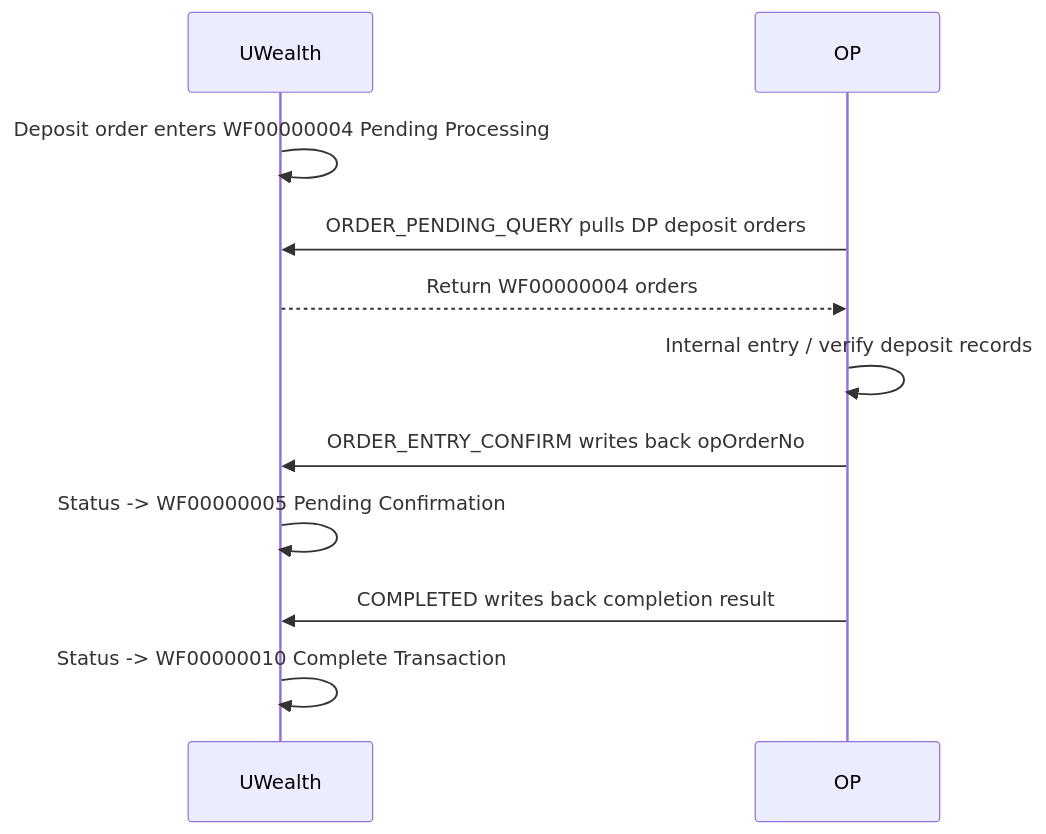
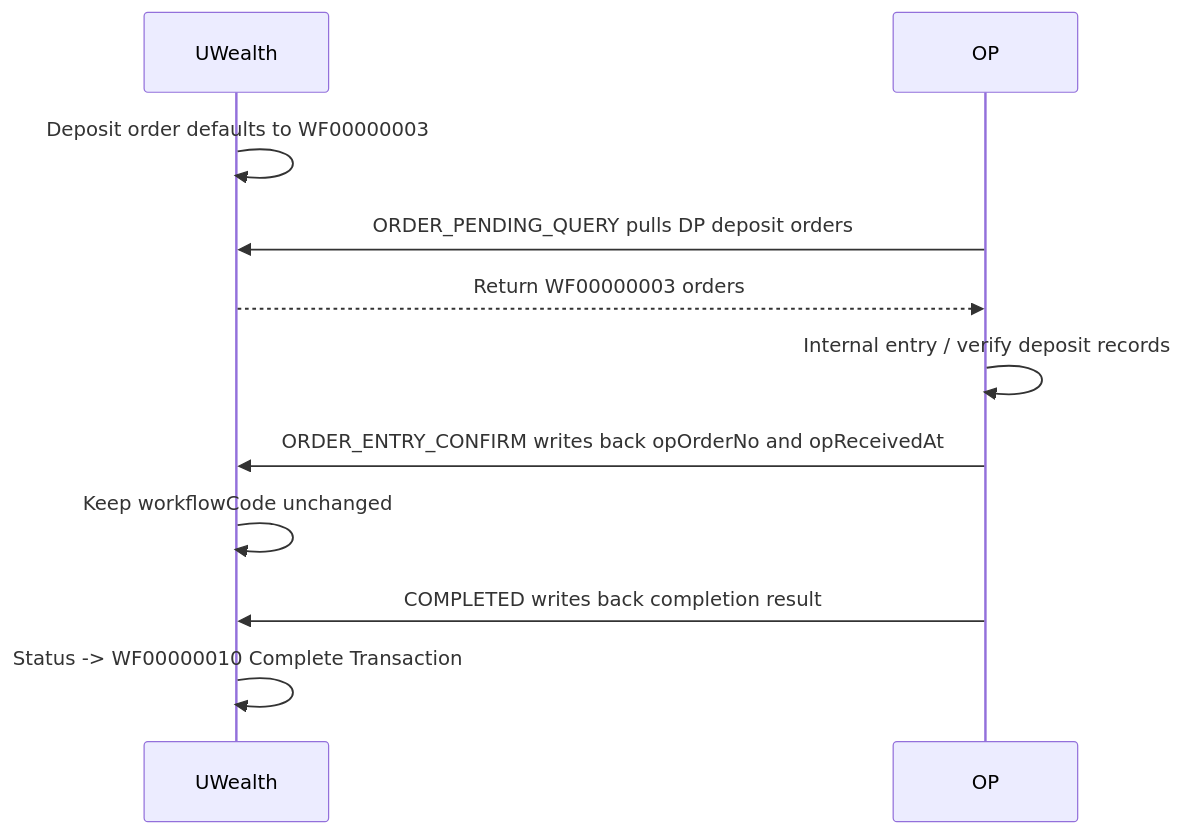
One commit to J-summit/uw2-- changed the fourth of 4 diagrams in op/UWealth_Unified_API_Demo_OP.md. Above: the diagram before and after it, drawn with Mermaid. The commit also changed other lines of this file, not shown here.

Commit message:
docs: update OP order flow diagrams

````diff
--- a/op/UWealth_Unified_API_Demo_OP.md
+++ b/op/UWealth_Unified_API_Demo_OP.md
@@ -99,14 +122,14 @@
 ```mermaid
 sequenceDiagram
     participant UW as UWealth
     participant OP as OP
 
-    UW->>UW: Deposit order enters WF00000004 Pending Processing
+    UW->>UW: Deposit order defaults to WF00000003
     OP->>UW: ORDER_PENDING_QUERY pulls DP deposit orders
-    UW-->>OP: Return WF00000004 orders
+    UW-->>OP: Return WF00000003 orders
     OP->>OP: Internal entry / verify deposit records
-    OP->>UW: ORDER_ENTRY_CONFIRM writes back opOrderNo
-    UW->>UW: Status -> WF00000005 Pending Confirmation
+    OP->>UW: ORDER_ENTRY_CONFIRM writes back opOrderNo and opReceivedAt
+    UW->>UW: Keep workflowCode unchanged;
     OP->>UW: COMPLETED writes back completion result
     UW->>UW: Status -> WF00000010 Complete Transaction
 ```
````
